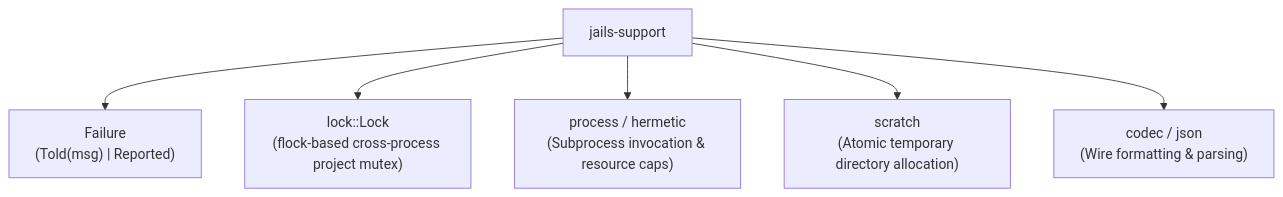
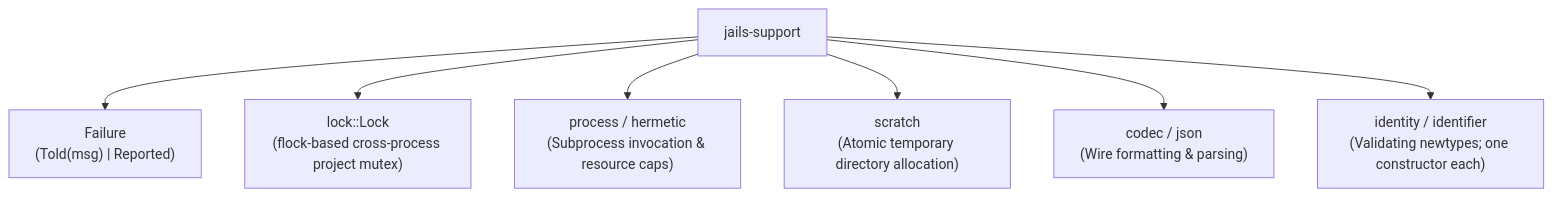
One commit to laithshadeed/jails changed the diagram in crates/jails-support/README.md. Above: the diagram before and after it, drawn with Mermaid. The commit also changed other lines of this file and 41 other files, not shown here.

````diff
--- a/crates/jails-support/README.md
+++ b/crates/jails-support/README.md
@@ -19,9 +20,10 @@
 ```mermaid
 flowchart TD
     SUPPORT["jails-support"]
     SUPPORT --> ERR["Failure\n(Told(msg) | Reported)"]
     SUPPORT --> LOCK["lock::Lock\n(flock-based cross-process project mutex)"]
     SUPPORT --> PROC["process / hermetic\n(Subprocess invocation & resource caps)"]
     SUPPORT --> SCRATCH["scratch\n(Atomic temporary directory allocation)"]
     SUPPORT --> CODEC["codec / json\n(Wire formatting & parsing)"]
+    SUPPORT --> IDENT["identity / identifier\n(Validating newtypes; one constructor each)"]
 ```
````
